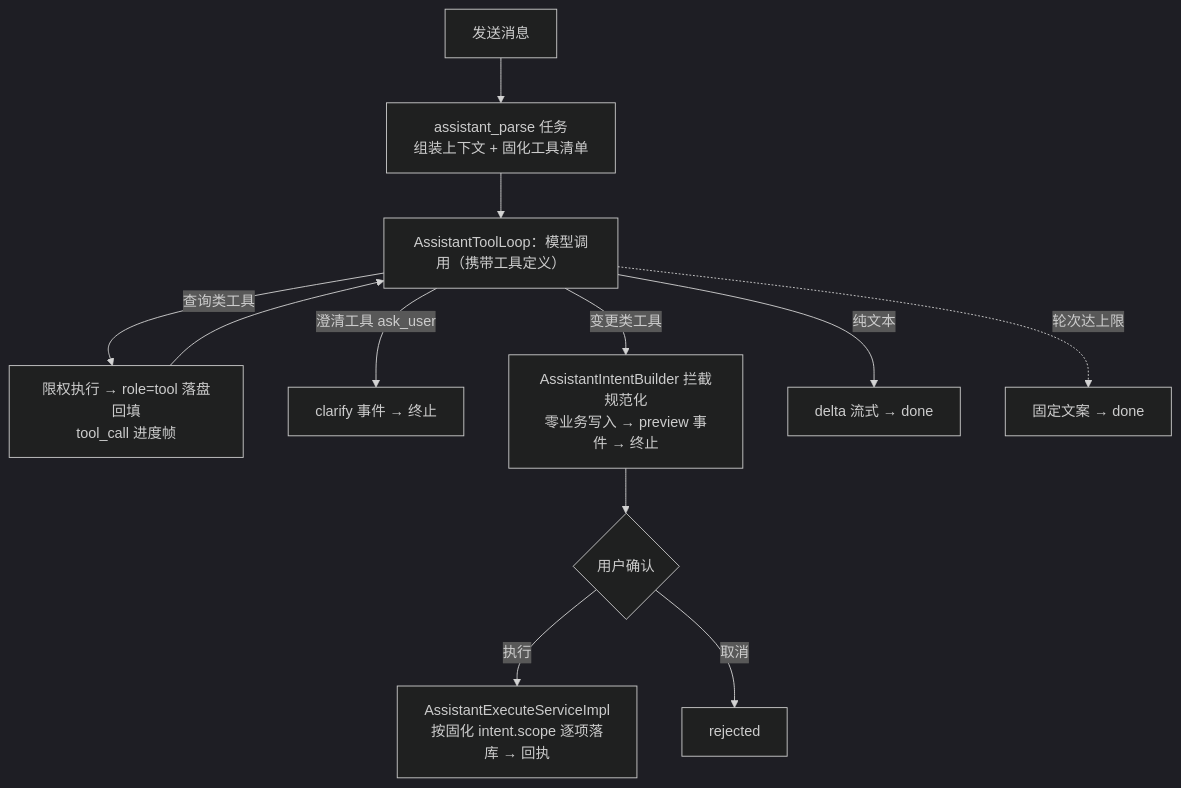
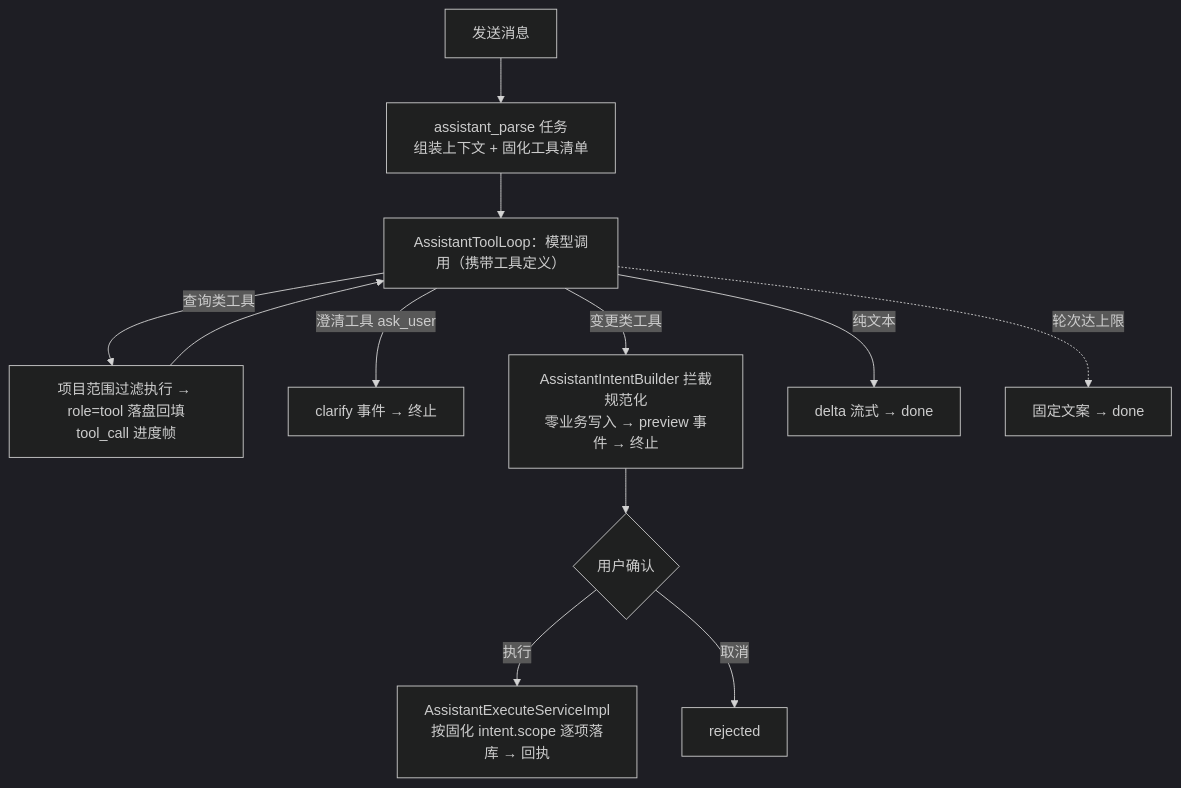
The diagram in docs/06-implementation-plan/05-ai-assistant-tool-invocation-plan.md (XiaoMiSum/robotest), drawn with Mermaid (dark theme) before and after one commit. The commit also changed other lines of this file and 105 other files, not shown here.

````diff
--- a/docs/06-implementation-plan/05-ai-assistant-tool-invocation-plan.md
+++ b/docs/06-implementation-plan/05-ai-assistant-tool-invocation-plan.md
@@ -56,13 +56,13 @@
 ```mermaid
 flowchart TD
     A[发送消息] --> B[assistant_parse 任务<br/>组装上下文 + 固化工具清单]
     B --> C[AssistantToolLoop：模型调用（携带工具定义）]
-    C -->|查询类工具| D[限权执行 → role=tool 落盘回填<br/>tool_call 进度帧] --> C
+    C -->|查询类工具| D[项目范围过滤执行 → role=tool 落盘回填<br/>tool_call 进度帧] --> C
     C -->|澄清工具 ask_user| E[clarify 事件 → 终止]
     C -->|变更类工具| F[AssistantIntentBuilder 拦截规范化<br/>零业务写入 → preview 事件 → 终止]
     C -->|纯文本| G[delta 流式 → done]
     C -.轮次达上限.-> H[固定文案 → done]
     F --> I{用户确认}
     I -->|执行| J[AssistantExecuteServiceImpl<br/>按固化 intent.scope 逐项落库 → 回执]
     I -->|取消| K[rejected]
 ```
````
